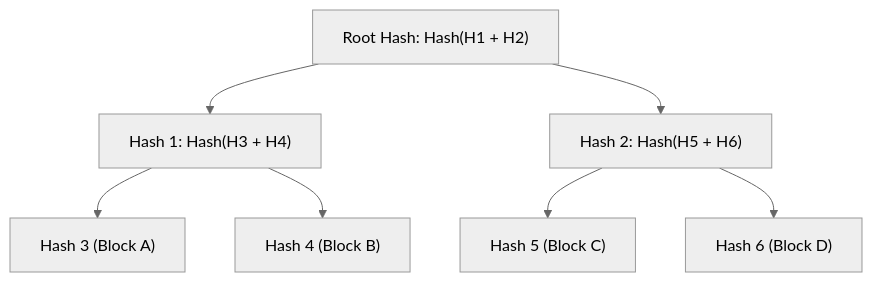
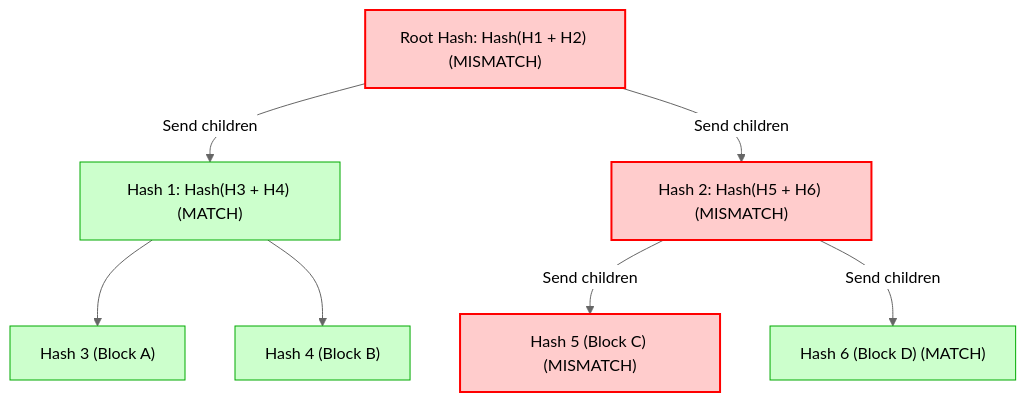
The first of 2 diagrams in Core Concepts/Advanced Data Structures/README.md (abhinnaagrawal/system-design-notes), drawn with Mermaid (neutral theme) before and after one commit. The commit also changed other lines of this file and 7 other files, not shown here.

````diff
--- a/Core Concepts/Advanced Data Structures/README.md
+++ b/Core Concepts/Advanced Data Structures/README.md
@@ -27,17 +54,20 @@
 ```mermaid
 flowchart TD
-    Root["Root Hash: Hash(H1 + H2)"]
-    H1["Hash 1: Hash(H3 + H4)"]
-    H2["Hash 2: Hash(H5 + H6)"]
-    H3["Hash 3 (Block A)"]
-    H4["Hash 4 (Block B)"]
-    H5["Hash 5 (Block C)"]
-    H6["Hash 6 (Block D)"]
+    classDef mismatch fill:#ffcccc,stroke:#ff0000,stroke-width:2px;
+    classDef match fill:#ccffcc,stroke:#00aa00,stroke-width:1px;
 
-    Root --> H1
-    Root --> H2
+    Root["Root Hash: Hash(H1 + H2) (MISMATCH)"]:::mismatch
+    H1["Hash 1: Hash(H3 + H4) (MATCH)"]:::match
+    H2["Hash 2: Hash(H5 + H6) (MISMATCH)"]:::mismatch
+    H3["Hash 3 (Block A)"]:::match
+    H4["Hash 4 (Block B)"]:::match
+    H5["Hash 5 (Block C) (MISMATCH)"]:::mismatch
+    H6["Hash 6 (Block D) (MATCH)"]:::match
+
+    Root -->|Send children| H1
+    Root -->|Send children| H2
     H1 --> H3
     H1 --> H4
-    H2 --> H5
-    H2 --> H6
+    H2 -->|Send children| H5
+    H2 -->|Send children| H6
 ```
````
